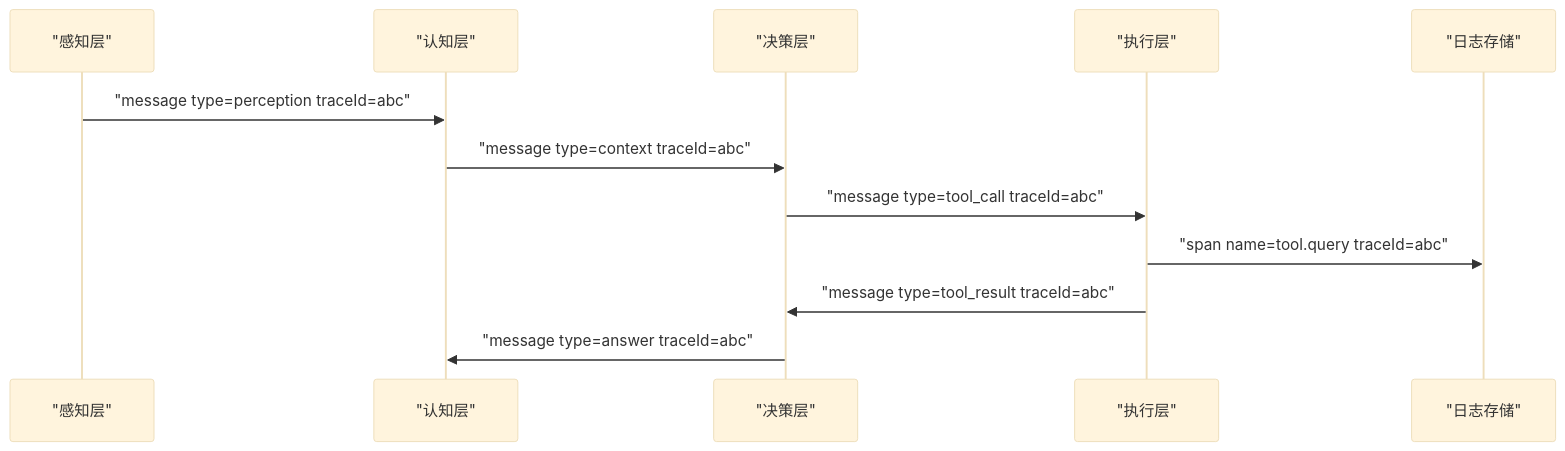
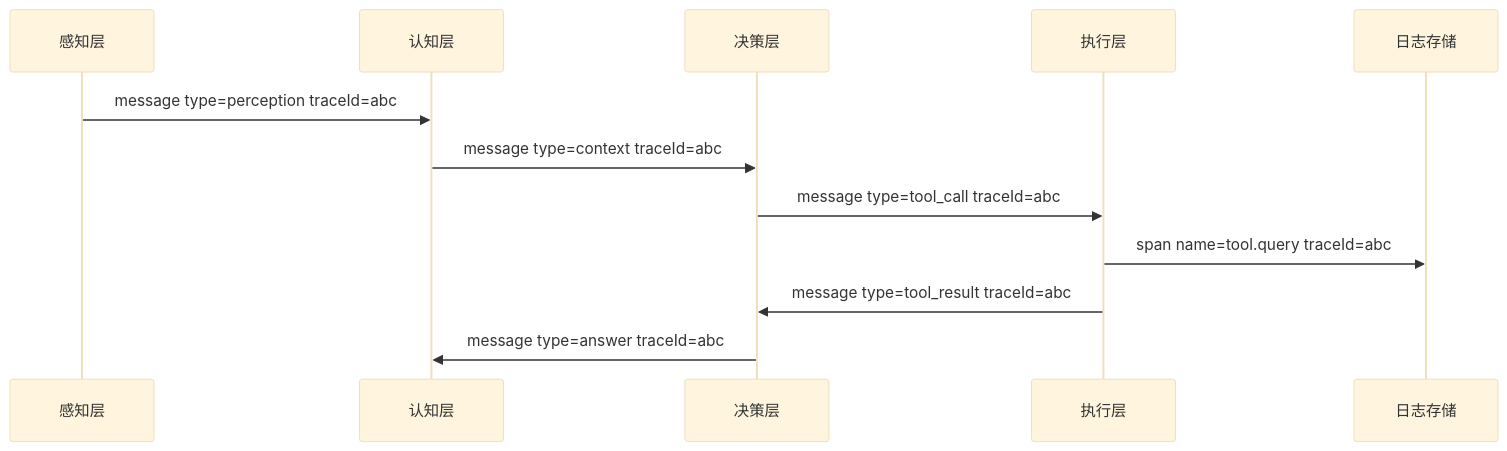
The sixth of 8 diagrams in docs/agent/architecture/layered-architecture.md (Shyu-x/frontend-interview), drawn with Mermaid (base theme) before and after one commit. The commit also changed other lines of this file and 23 other files, not shown here.

First line of the commit message:
fix(docs): 修复 28 张无法渲染的 Mermaid 图，新增真实解析器校验与 PDF 下载页

````diff
--- a/docs/agent/architecture/layered-architecture.md
+++ b/docs/agent/architecture/layered-architecture.md
@@ -771,14 +779,14 @@
 ```mermaid
 sequenceDiagram
-    participant P as "感知层"
-    participant C as "认知层"
-    participant D as "决策层"
-    participant E as "执行层"
-    participant L as "日志存储"
-    P->>C: "message type=perception traceId=abc"
-    C->>D: "message type=context traceId=abc"
-    D->>E: "message type=tool_call traceId=abc"
-    E->>L: "span name=tool.query traceId=abc"
-    E->>D: "message type=tool_result traceId=abc"
-    D->>C: "message type=answer traceId=abc"
+    participant P as 感知层
+    participant C as 认知层
+    participant D as 决策层
+    participant E as 执行层
+    participant L as 日志存储
+    P->>C: message type=perception traceId=abc
+    C->>D: message type=context traceId=abc
+    D->>E: message type=tool_call traceId=abc
+    E->>L: span name=tool.query traceId=abc
+    E->>D: message type=tool_result traceId=abc
+    D->>C: message type=answer traceId=abc
 ```
````
